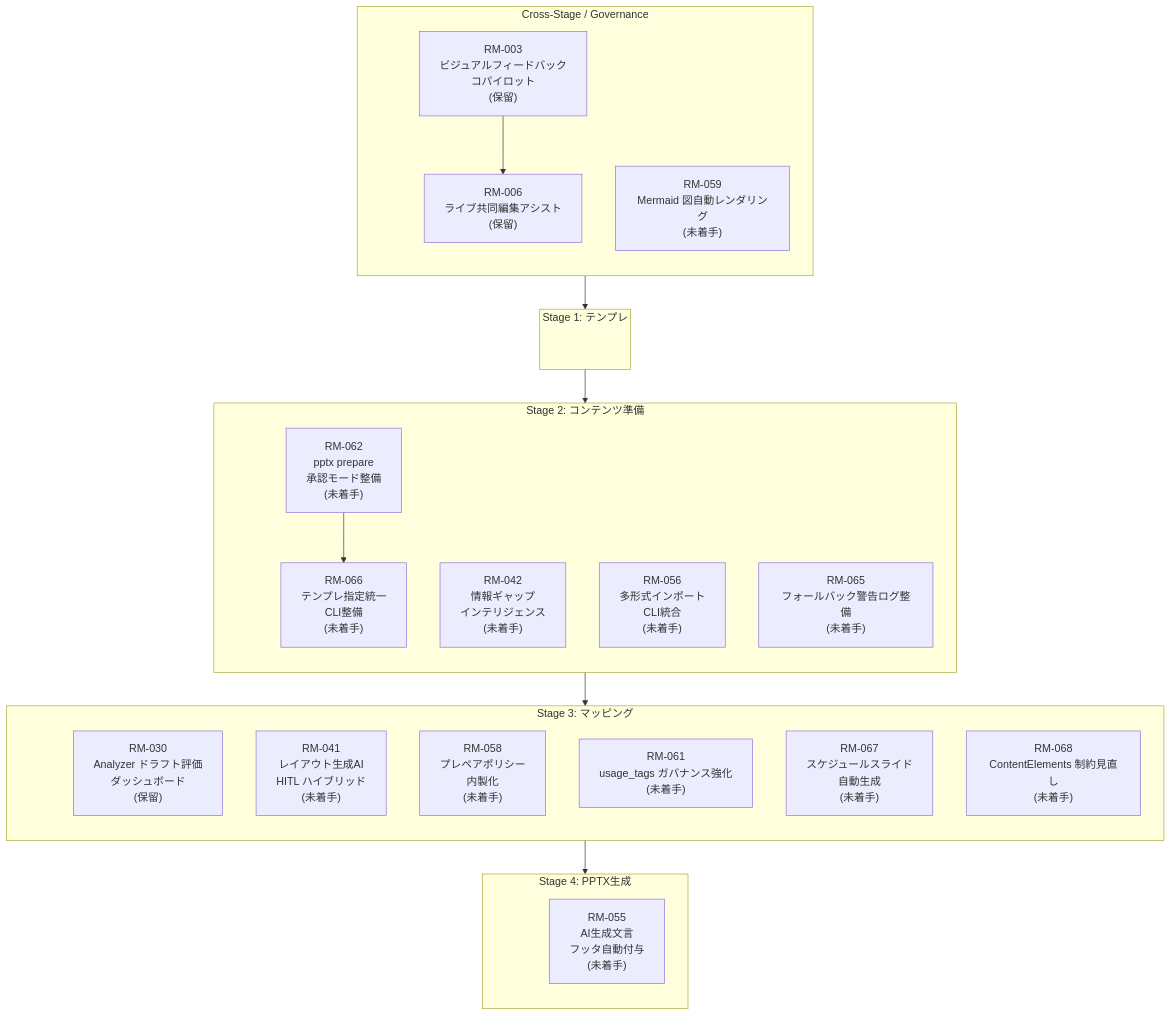
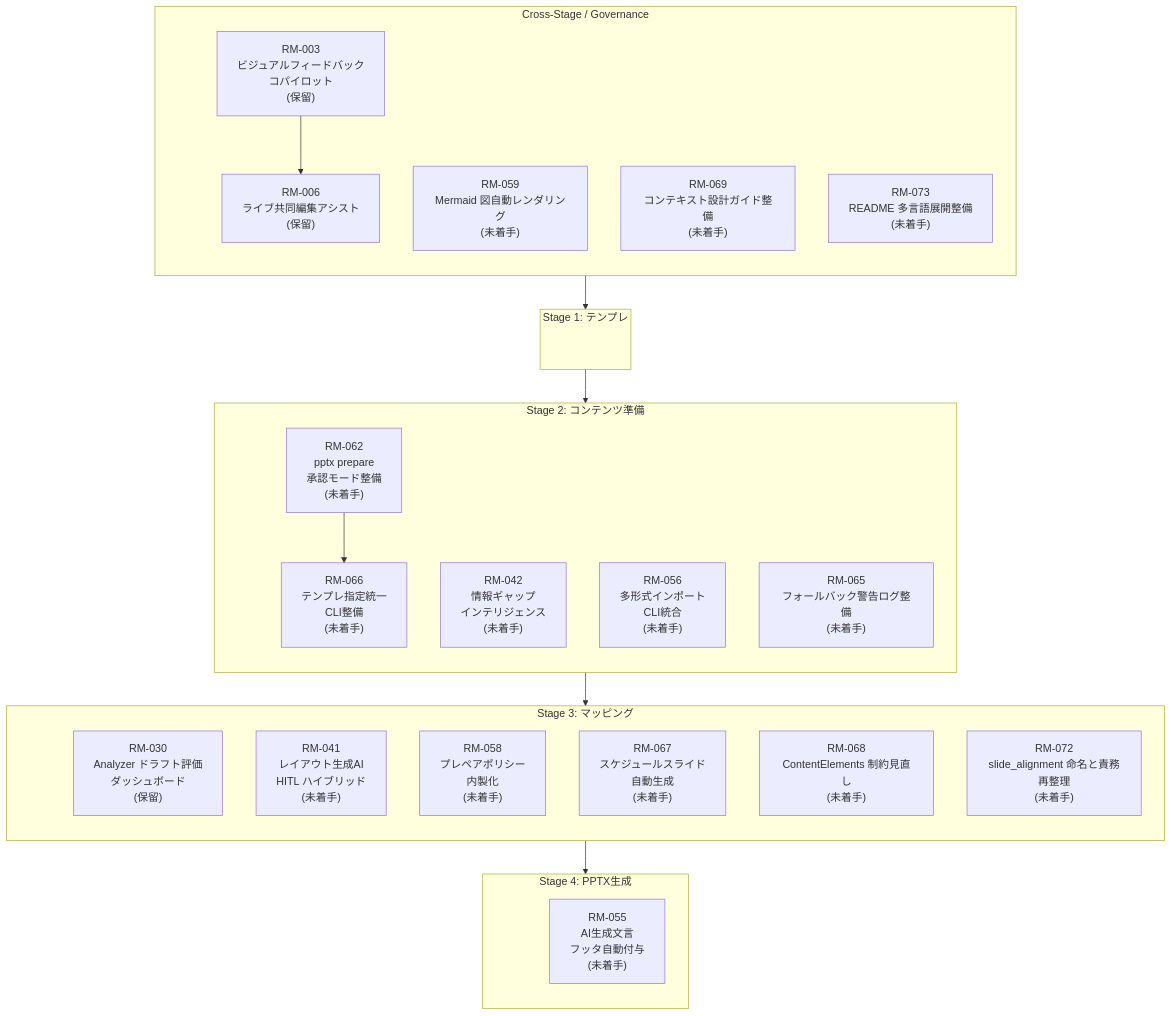
One commit to yurake/pptx_generator changed the diagram in docs/roadmap/roadmap.md. Above: the diagram before and after it, drawn with Mermaid. The commit also changed other lines of this file and 8 other files, not shown here.

````diff
--- a/docs/roadmap/roadmap.md
+++ b/docs/roadmap/roadmap.md
@@ -25,53 +25,55 @@
 ```mermaid
 flowchart TB
     subgraph GOV["Cross-Stage / Governance"]
         direction TB
         GOV_ANCHOR(( ))
         RM003["RM-003<br/>ビジュアルフィードバック<br/>コパイロット<br/>(保留)"]
         RM006["RM-006<br/>ライブ共同編集アシスト<br/>(保留)"]
         RM059["RM-059<br/>Mermaid 図自動レンダリング<br/>(未着手)"]
+        RM069["RM-069<br/>コンテキスト設計ガイド整備<br/>(未着手)"]
+        RM073["RM-073<br/>README 多言語展開整備<br/>(未着手)"]
     end
 
     subgraph ST1["Stage 1: テンプレ"]
         direction TB
         ST1_ANCHOR(( ))
     end
 
     subgraph ST2["Stage 2: コンテンツ準備"]
         direction TB
         ST2_ANCHOR(( ))
         RM042["RM-042<br/>情報ギャップ<br/>インテリジェンス<br/>(未着手)"]
         RM056["RM-056<br/>多形式インポート<br/>CLI統合<br/>(未着手)"]
         RM062["RM-062<br/>pptx prepare<br/>承認モード整備<br/>(未着手)"]
         RM065["RM-065<br/>フォールバック警告ログ整備<br/>(未着手)"]
         RM066["RM-066<br/>テンプレ指定統一<br/>CLI整備<br/>(未着手)"]
     end
 
     subgraph ST3["Stage 3: マッピング"]
         direction TB
         ST3_ANCHOR(( ))
         RM030["RM-030<br/>Analyzer ドラフト評価<br/>ダッシュボード<br/>(保留)"]
         RM041["RM-041<br/>レイアウト生成AI<br/>HITL ハイブリッド<br/>(未着手)"]
         RM058["RM-058<br/>プレペアポリシー<br/>内製化<br/>(未着手)"]
-        RM061["RM-061<br/>usage_tags ガバナンス強化<br/>(未着手)"]
         RM067["RM-067<br/>スケジュールスライド<br/>自動生成<br/>(未着手)"]
         RM068["RM-068<br/>ContentElements 制約見直し<br/>(未着手)"]
+        RM072["RM-072<br/>slide_alignment 命名と責務再整理<br/>(未着手)"]
     end
 
     subgraph ST4["Stage 4: PPTX生成"]
         direction TB
         ST4_ANCHOR(( ))
         RM055["RM-055<br/>AI生成文言<br/>フッタ自動付与<br/>(未着手)"]
     end
 
     style GOV_ANCHOR fill:transparent,stroke:transparent
     style ST1_ANCHOR fill:transparent,stroke:transparent
     style ST2_ANCHOR fill:transparent,stroke:transparent
     style ST3_ANCHOR fill:transparent,stroke:transparent
     style ST4_ANCHOR fill:transparent,stroke:transparent
 
     GOV_ANCHOR --> ST1_ANCHOR --> ST2_ANCHOR --> ST3_ANCHOR --> ST4_ANCHOR
 
     RM003 --> RM006
     RM062 --> RM066
 ```
````
